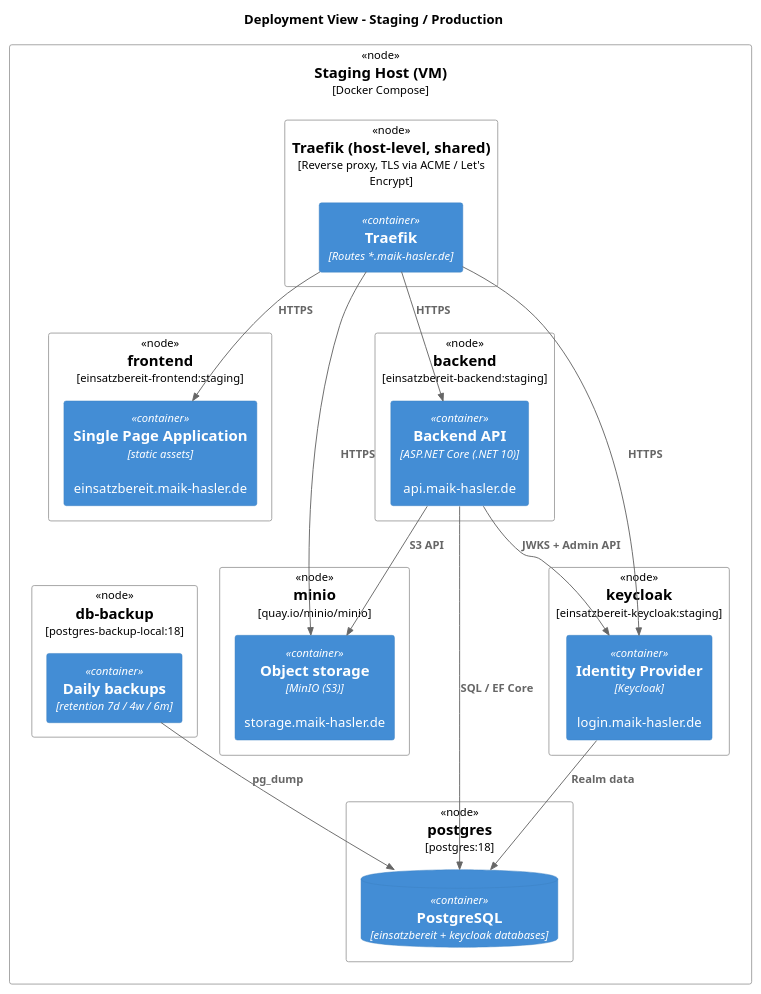
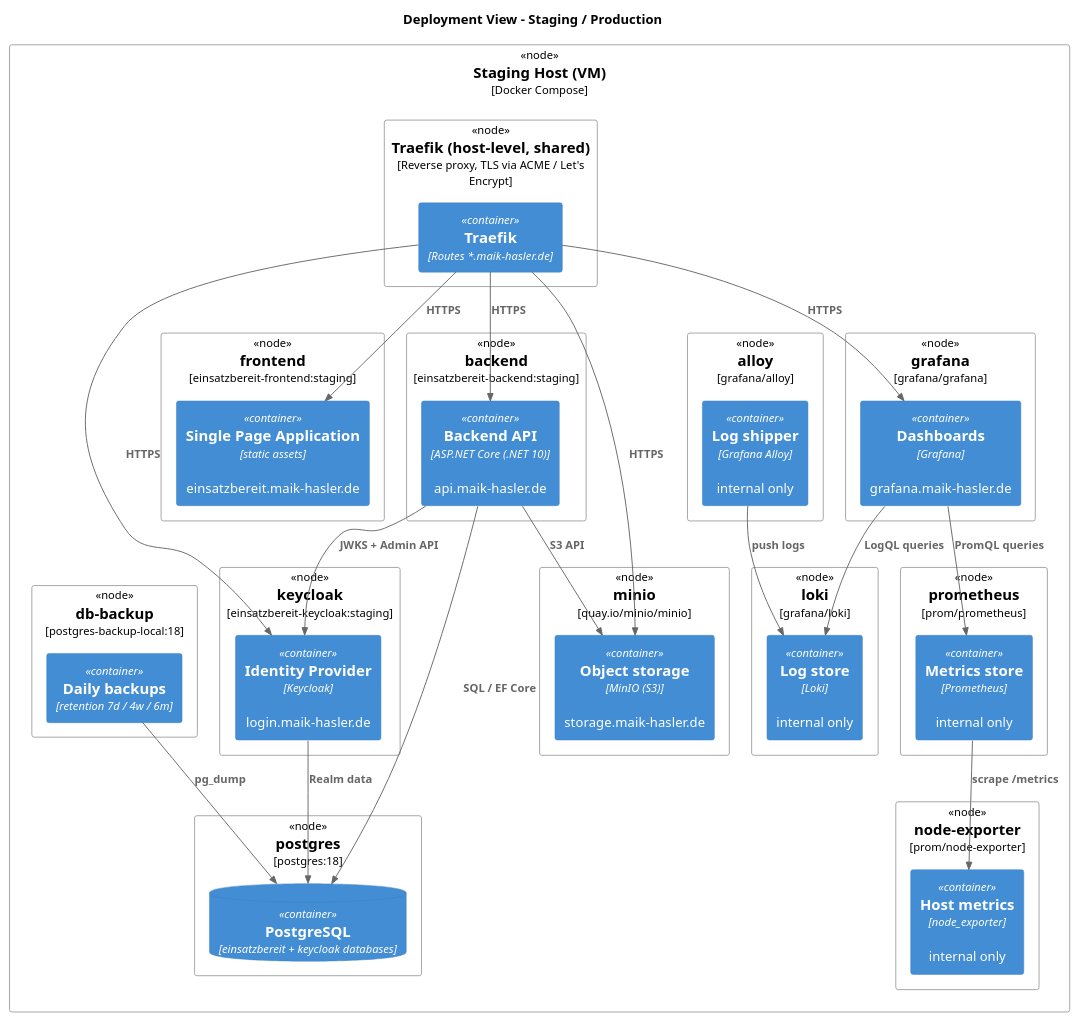
The diagram in docs/Architecture/images/deployment-staging.puml (maik-hasler/einsatzbereit), drawn with PlantUML before and after one commit. The commit also changed 5 other files, not shown here.

First line of the commit message:
feat: add Grafana, Prometheus and Loki monitoring stack to staging (#1416)

```diff
--- a/docs/Architecture/images/deployment-staging.puml
+++ b/docs/Architecture/images/deployment-staging.puml
@@ -1,48 +1,73 @@
 @startuml Staging Deployment
 
 !include <C4/C4_Deployment>
 
 title Deployment View - Staging / Production
 
 Deployment_Node(host, "Staging Host (VM)", "Docker Compose") {
 
 	Deployment_Node(traefik_node, "Traefik (host-level, shared)", "Reverse proxy, TLS via ACME / Let's Encrypt") {
 		Container(traefik, "Traefik", "Routes *.maik-hasler.de")
 	}
 
 	Deployment_Node(fe_node, "frontend", "einsatzbereit-frontend:staging") {
 		Container(fe, "Single Page Application", "static assets", "einsatzbereit.maik-hasler.de")
 	}
 
 	Deployment_Node(be_node, "backend", "einsatzbereit-backend:staging") {
 		Container(be, "Backend API", "ASP.NET Core (.NET 10)", "api.maik-hasler.de")
 	}
 
 	Deployment_Node(kc_node, "keycloak", "einsatzbereit-keycloak:staging") {
 		Container(kc, "Identity Provider", "Keycloak", "login.maik-hasler.de")
 	}
 
 	Deployment_Node(mo_node, "minio", "quay.io/minio/minio") {
 		Container(mo, "Object storage", "MinIO (S3)", "storage.maik-hasler.de")
 	}
 
 	Deployment_Node(pg_node, "postgres", "postgres:18") {
 		ContainerDb(pg, "PostgreSQL", "einsatzbereit + keycloak databases")
 	}
 
 	Deployment_Node(bk_node, "db-backup", "postgres-backup-local:18") {
 		Container(bk, "Daily backups", "retention 7d / 4w / 6m")
 	}
+
+	Deployment_Node(gf_node, "grafana", "grafana/grafana") {
+		Container(gf, "Dashboards", "Grafana", "grafana.maik-hasler.de")
+	}
+
+	Deployment_Node(pr_node, "prometheus", "prom/prometheus") {
+		Container(pr, "Metrics store", "Prometheus", "internal only")
+	}
+
+	Deployment_Node(ne_node, "node-exporter", "prom/node-exporter") {
+		Container(ne, "Host metrics", "node_exporter", "internal only")
+	}
+
+	Deployment_Node(lo_node, "loki", "grafana/loki") {
+		Container(lo, "Log store", "Loki", "internal only")
+	}
+
+	Deployment_Node(al_node, "alloy", "grafana/alloy") {
+		Container(al, "Log shipper", "Grafana Alloy", "internal only")
+	}
 }
 
 Rel(traefik, fe, "HTTPS")
 Rel(traefik, be, "HTTPS")
 Rel(traefik, kc, "HTTPS")
 Rel(traefik, mo, "HTTPS")
+Rel(traefik, gf, "HTTPS")
 Rel(be, pg, "SQL / EF Core")
 Rel(be, kc, "JWKS + Admin API")
 Rel(be, mo, "S3 API")
 Rel(kc, pg, "Realm data")
 Rel(bk, pg, "pg_dump")
+Rel(gf, pr, "PromQL queries")
+Rel(gf, lo, "LogQL queries")
+Rel(pr, ne, "scrape /metrics")
+Rel(al, lo, "push logs")
 
 @enduml
```
